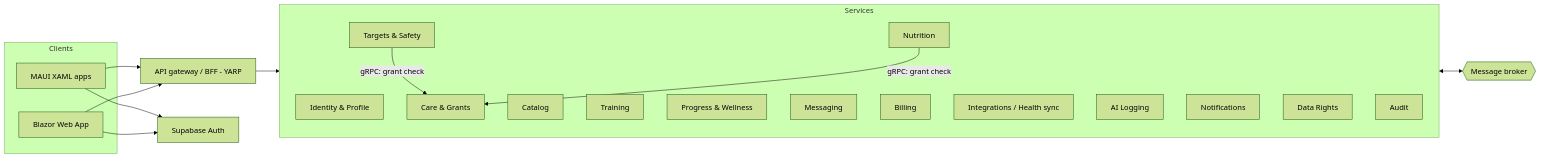
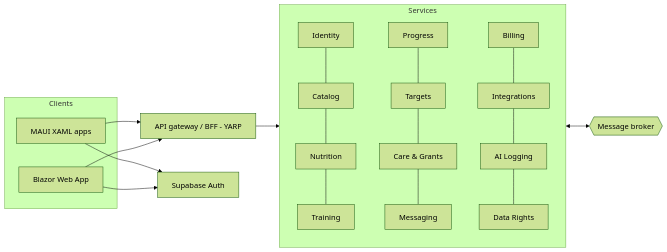
One commit to Fibonacci-0112/FitCore changed the third of 3 diagrams in docs/architecture-options.md. Above: the diagram before and after it, drawn with Mermaid (forest theme). The commit also changed other lines of this file, not shown here.

First line of the commit message:
Revise architecture options against the measurable NFRs

````diff
--- a/docs/architecture-options.md
+++ b/docs/architecture-options.md
@@ -274,31 +269,18 @@
 ```mermaid
 flowchart LR
   subgraph Clients
     M[MAUI XAML apps]
     W[Blazor Web App]
   end
   GW[API gateway / BFF - YARP]
   AU[Supabase Auth]
   subgraph Services
-    S1[Identity & Profile]
-    S2[Catalog]
-    S3[Nutrition]
-    S4[Training]
-    S5[Progress & Wellness]
-    S6[Targets & Safety]
-    S7[Care & Grants]
-    S8[Messaging]
-    S9[Billing]
-    S10[Integrations / Health sync]
-    S11[AI Logging]
-    S12[Notifications]
-    S13[Data Rights]
-    S14[Audit]
+    S1[Identity] --- S2[Catalog] --- S3[Nutrition] --- S4[Training]
+    S5[Progress] --- S6[Targets] --- S7[Care & Grants] --- S8[Messaging]
+    S9[Billing] --- S10[Integrations] --- S11[AI Logging] --- S12[Data Rights]
   end
   BUS{{Message broker}}
   M & W --> AU
   M & W --> GW --> Services
   Services <--> BUS
-  S6 -- gRPC: grant check --> S7
-  S3 -- gRPC: grant check --> S7
 ```
````
